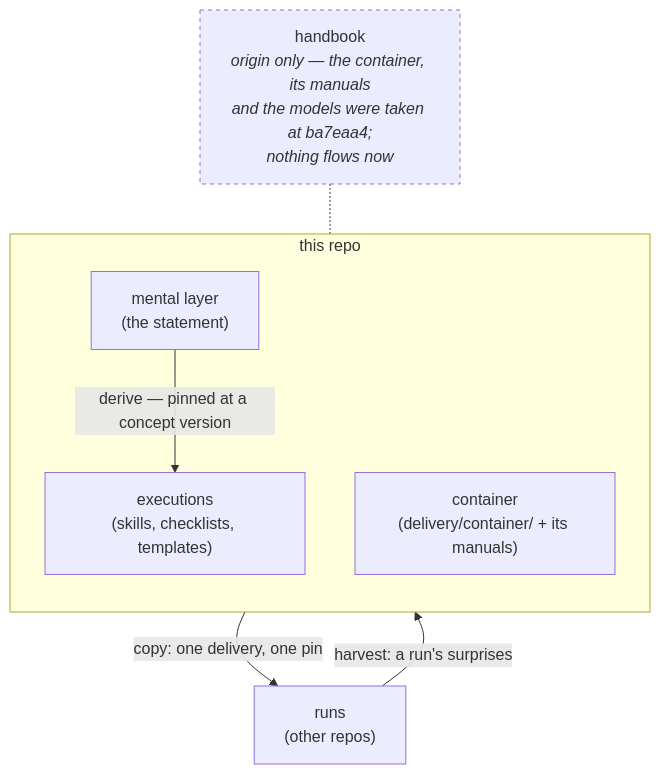
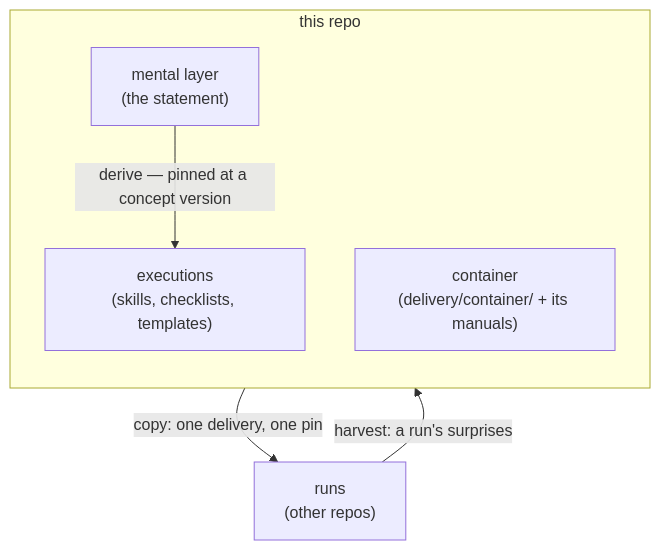
One commit to edgaras87/correctness-by-construction changed the diagram in ARCHITECTURE.md. Above: the diagram before and after it, drawn with Mermaid. The commit also changed other lines of this file and 5 other files, not shown here.

````diff
--- a/ARCHITECTURE.md
+++ b/ARCHITECTURE.md
@@ -29,20 +28,15 @@
 ```mermaid
 flowchart TB
-    handbook["handbook<br/><i>origin only — the container, its manuals<br/>and the models were taken at ba7eaa4;<br/>nothing flows now</i>"]
-
     subgraph repo["this repo"]
         direction TB
         mental["mental layer<br/>(the statement)"]
         exec["executions<br/>(skills, checklists, templates)"]
         container["container<br/>(delivery/container/ + its manuals)"]
         mental -- "derive — pinned at a concept version" --> exec
     end
 
     runs["runs<br/>(other repos)"]
 
     repo -- "copy: one delivery, one pin" --> runs
     runs -- "harvest: a run's surprises" --> repo
-    handbook -.- repo
-
-    style handbook stroke-dasharray: 4 4
 ```
````
